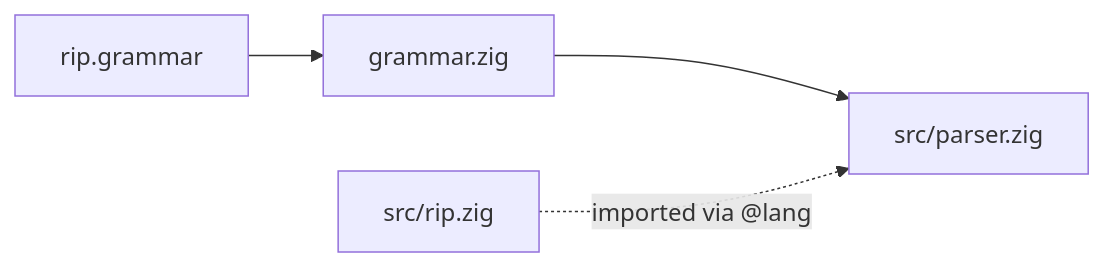
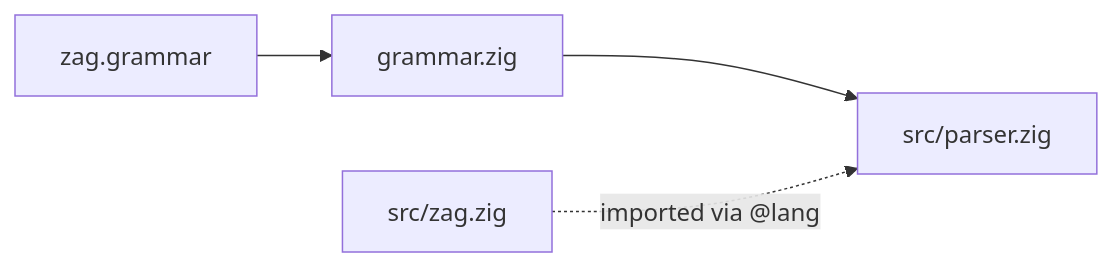
One commit to shreeve/rip changed the second of 2 diagrams in docs/architecture.md. Above: the diagram before and after it, drawn with Mermaid. The commit also changed other lines of this file and 21 other files, not shown here.

First line of the commit message:
Rename language from Rip to Zag

````diff
--- a/docs/architecture.md
+++ b/docs/architecture.md
@@ -43,6 +43,6 @@
 ```mermaid
 flowchart LR
-  grammar["rip.grammar"] --> engine["grammar.zig"]
+  grammar["zag.grammar"] --> engine["grammar.zig"]
   engine --> parser["src/parser.zig"]
-  lang["src/rip.zig"] -.->|"imported via @lang"| parser
+  lang["src/zag.zig"] -.->|"imported via @lang"| parser
 ```
````
